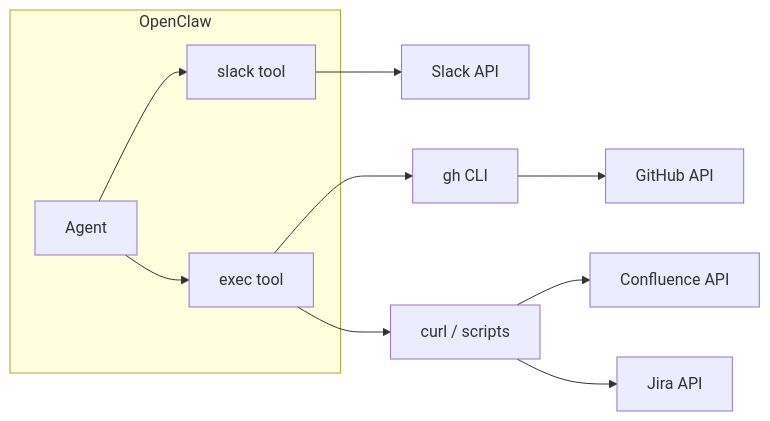
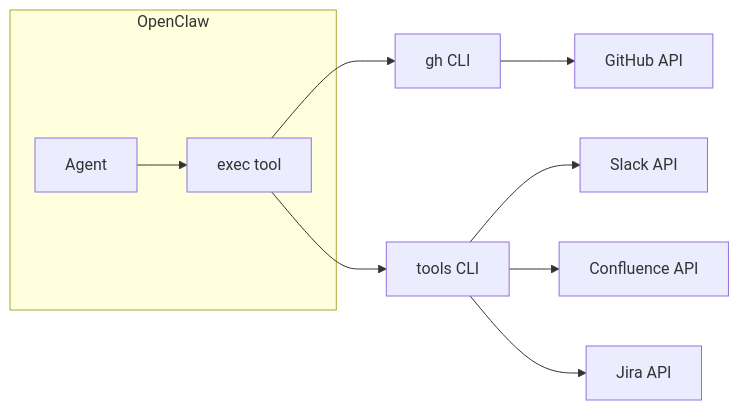
One commit to qsat/agent changed the diagram in docs/plan-integrations-slack-confluence-jira-github.md. Above: the diagram before and after it, drawn with Mermaid. The commit also changed other lines of this file and 6 other files, not shown here.

````diff
--- a/docs/plan-integrations-slack-confluence-jira-github.md
+++ b/docs/plan-integrations-slack-confluence-jira-github.md
@@ -26,16 +26,14 @@
 ```mermaid
 flowchart LR
   subgraph OpenClaw
     Agent[Agent]
-    SlackTool[slack tool]
     Exec[exec tool]
   end
-  Agent --> SlackTool
   Agent --> Exec
-  SlackTool --> SlackAPI[Slack API]
-  Exec --> GhScripts[gh CLI]
-  Exec --> CurlScripts[curl / scripts]
-  GhScripts --> GitHubAPI[GitHub API]
-  CurlScripts --> ConfluenceAPI[Confluence API]
-  CurlScripts --> JiraAPI[Jira API]
+  Exec --> GhCLI[gh CLI]
+  Exec --> ToolsCLI[tools CLI]
+  GhCLI --> GitHubAPI[GitHub API]
+  ToolsCLI --> SlackAPI[Slack API]
+  ToolsCLI --> ConfluenceAPI[Confluence API]
+  ToolsCLI --> JiraAPI[Jira API]
 ```
````
